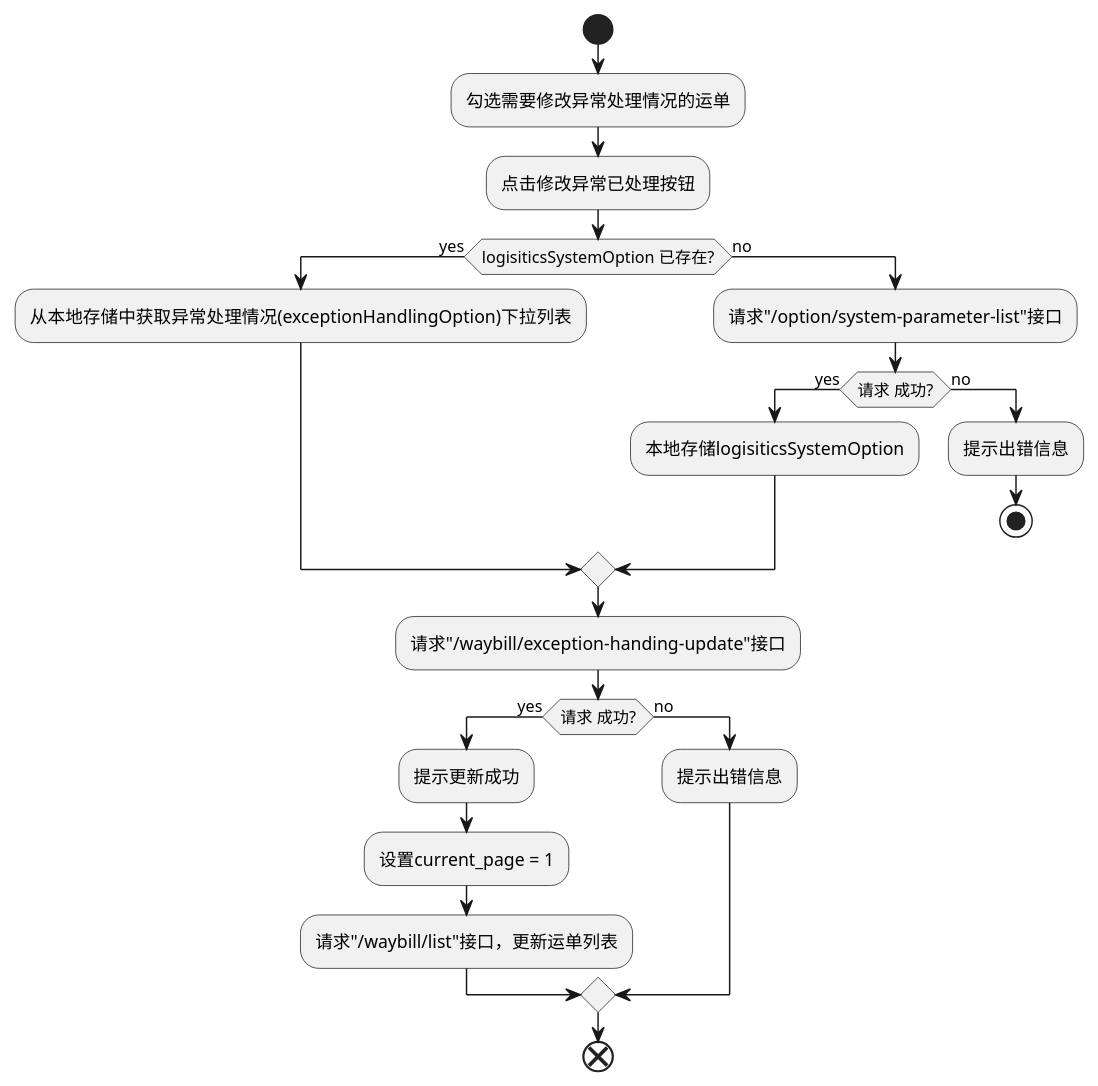
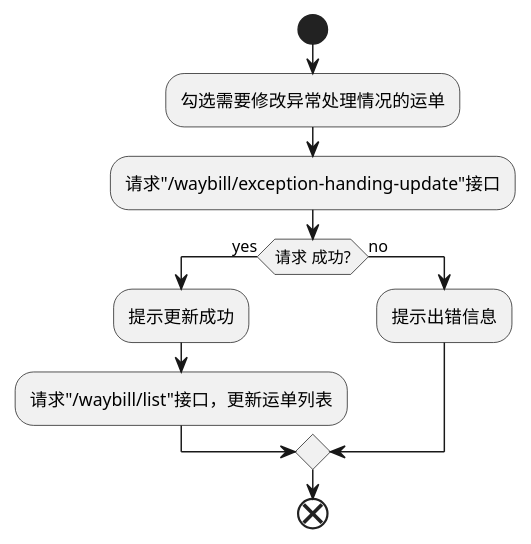
One commit to futurekidult/lis changed the diagram in docs/development-flow-diagram.puml/logistics-list/handle-exception.puml. Above: the diagram before and after it, drawn with PlantUML. The commit also changed 13 other files, not shown here.

```diff
--- a/docs/development-flow-diagram.puml/logistics-list/handle-exception.puml
+++ b/docs/development-flow-diagram.puml/logistics-list/handle-exception.puml
@@ -1,27 +1,14 @@
 @startuml
 
 start
 :勾选需要修改异常处理情况的运单;
-:点击修改异常已处理按钮;
-if(logisiticsSystemOption 已存在?) then(yes)
-  :从本地存储中获取异常处理情况(exceptionHandlingOption)下拉列表;
-else (no)
-  :请求"/option/system-parameter-list"接口;
-  if(请求 成功?) then (yes)
-    :本地存储logisiticsSystemOption;
-  else (no)
-    :提示出错信息;
-    stop
-  endif
-endif
 :请求"/waybill/exception-handing-update"接口;
 if(请求 成功?) then (yes)
   :提示更新成功;
-  :设置current_page = 1;
   :请求"/waybill/list"接口，更新运单列表;
 else (no)
   :提示出错信息;
 endif
 end
 
 @enduml
```
